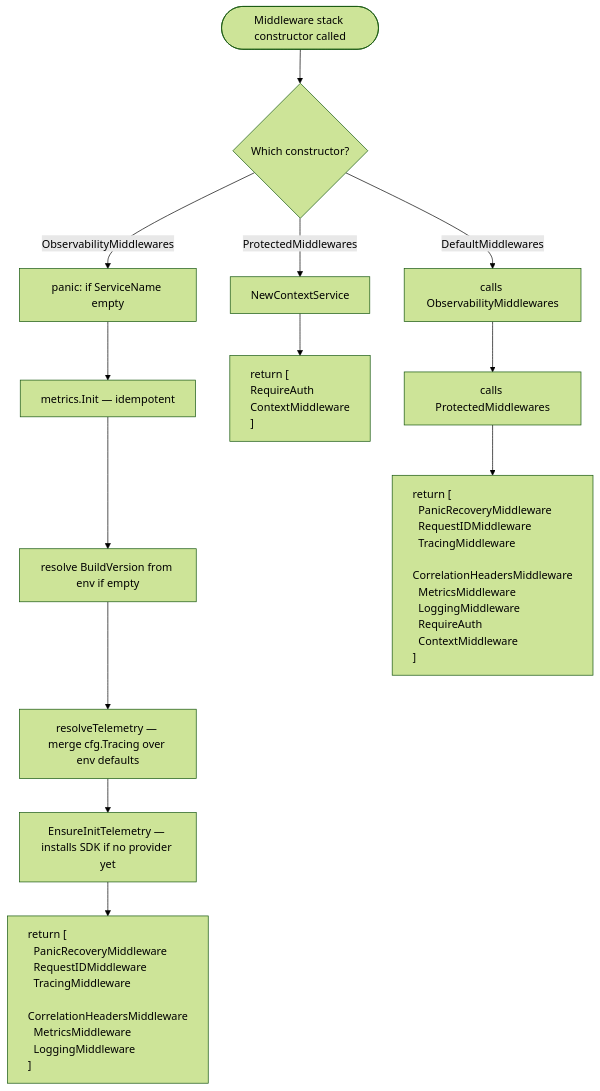
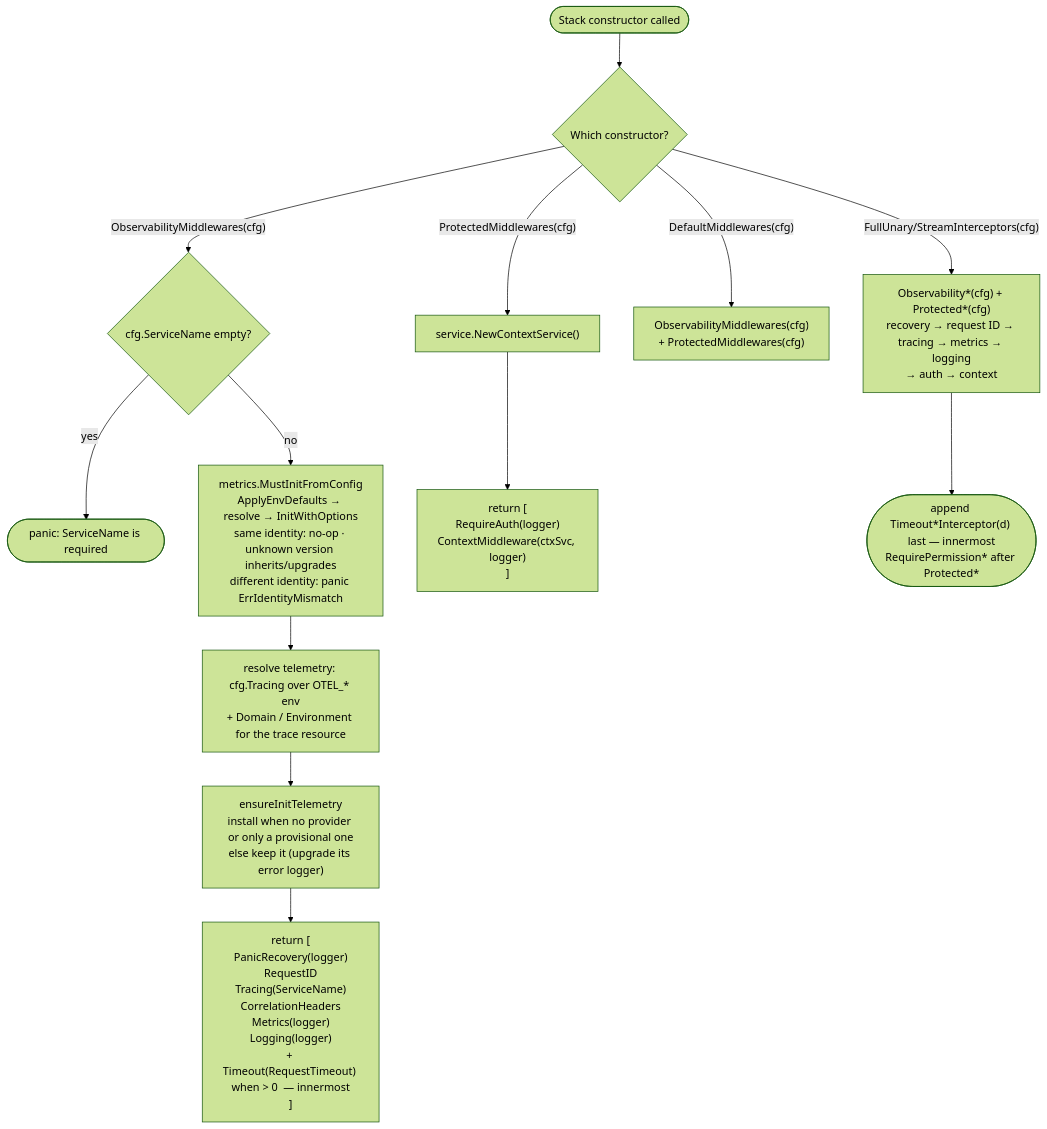
One commit to BCBP-SOLUTIONS-FZC-LLC/platform-gincommon changed the diagram in docs/architecture/mermaid/middleware-stack-composition.mmd. Above: the diagram before and after it, drawn with Mermaid (forest theme). The commit also changed 198 other files, not shown here.

```diff
--- a/docs/architecture/mermaid/middleware-stack-composition.mmd
+++ b/docs/architecture/mermaid/middleware-stack-composition.mmd
@@ -1,20 +1,17 @@
 flowchart TD
-    A([Middleware stack constructor called]) --> B{Which constructor?}
+    A(["Stack constructor called"]) --> B{"Which constructor?"}
 
-    B -- ObservabilityMiddlewares --> C[panic: if ServiceName empty]
-    C --> D[metrics.Init — idempotent]
-    D --> E[resolve BuildVersion from env if empty]
-    E --> F[resolveTelemetry — merge cfg.Tracing over env defaults]
-    F --> G[EnsureInitTelemetry — installs SDK if no provider yet]
-    G --> H["return [\n  PanicRecoveryMiddleware\n  RequestIDMiddleware\n  TracingMiddleware\n  CorrelationHeadersMiddleware\n  MetricsMiddleware\n  LoggingMiddleware\n]"]
+    B -- "ObservabilityMiddlewares(cfg)" --> C{"cfg.ServiceName empty?"}
+    C -- yes --> CP(["panic: ServiceName is required"])
+    C -- no --> D["metrics.MustInitFromConfig<br/>ApplyEnvDefaults → resolve → InitWithOptions<br/>same identity: no-op · unknown version inherits/upgrades<br/>different identity: panic ErrIdentityMismatch"]
+    D --> E["resolve telemetry: cfg.Tracing over OTEL_* env<br/>+ Domain / Environment for the trace resource"]
+    E --> F["ensureInitTelemetry<br/>install when no provider or only a provisional one<br/>else keep it (upgrade its error logger)"]
+    F --> G["return [<br/>PanicRecovery(logger)<br/>RequestID<br/>Tracing(ServiceName)<br/>CorrelationHeaders<br/>Metrics(logger)<br/>Logging(logger)<br/>+ Timeout(RequestTimeout) when > 0  — innermost<br/>]"]
 
-    B -- ProtectedMiddlewares --> I[NewContextService]
-    I --> J["return [\n  RequireAuth\n  ContextMiddleware\n]"]
+    B -- "ProtectedMiddlewares(cfg)" --> H["service.NewContextService()"]
+    H --> I["return [<br/>RequireAuth(logger)<br/>ContextMiddleware(ctxSvc, logger)<br/>]"]
 
-    B -- DefaultMiddlewares --> K[calls ObservabilityMiddlewares]
-    K --> L[calls ProtectedMiddlewares]
-    L --> M["return [\n  PanicRecoveryMiddleware\n  RequestIDMiddleware\n  TracingMiddleware\n  CorrelationHeadersMiddleware\n  MetricsMiddleware\n  LoggingMiddleware\n  RequireAuth\n  ContextMiddleware\n]"]
+    B -- "DefaultMiddlewares(cfg)" --> J["ObservabilityMiddlewares(cfg)<br/>+ ProtectedMiddlewares(cfg)"]
 
-    style H text-align:left
-    style J text-align:left
-    style M text-align:left
+    B -- "FullUnary/StreamInterceptors(cfg)" --> K["Observability*(cfg) + Protected*(cfg)<br/>recovery → request ID → tracing → metrics → logging<br/>→ auth → context"]
+    K --> L(["append Timeout*Interceptor(d) last — innermost<br/>RequirePermission* after Protected*"])
```
